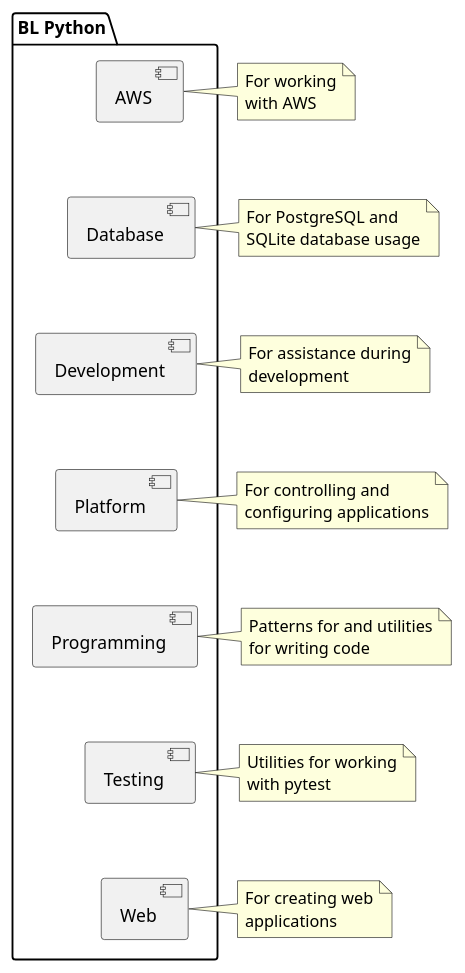
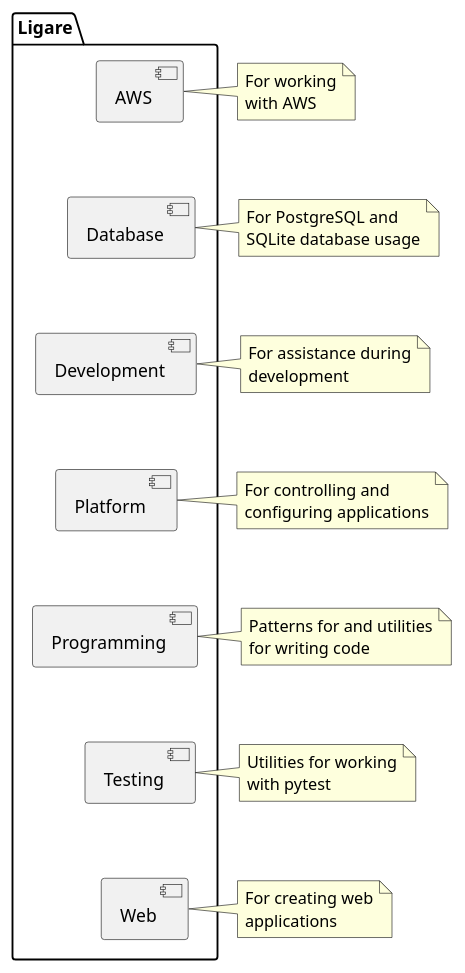
The diagram in docs/repository_structure.puml (uclahs-cds/Ligare), drawn with PlantUML before and after one commit. The commit also changed 219 other files, not shown here.

First line of the commit message:
Rename all BL Python references to Ligare.

```diff
--- a/docs/repository_structure.puml
+++ b/docs/repository_structure.puml
@@ -1,53 +1,53 @@
 @startuml
-package "BL Python" {
+package "Ligare" {
     [AWS] as aws
     [Database] as database
     [Development] as development
     [Platform] as platform
     [Programming] as programming
     [Testing] as testing
     [Web] as web
 }
 aws -down[hidden]-> database
 database -down[hidden]-> development
 development -down[hidden]-> platform
 platform -down[hidden]-> programming
 programming -down[hidden]-> testing
 testing -down[hidden]-> web
 
 note right of aws
     For working
     with AWS
 endnote
 
 note left of database
     For PostgreSQL and
     SQLite database usage
 endnote
 
 note left of development
     For assistance during
     development
 endnote
 
 note left of platform
     For controlling and
     configuring applications
 endnote
 
 note left of programming
     Patterns for and utilities
     for writing code
 endnote
 
 note left of testing
     Utilities for working
     with pytest
 endnote
 
 note left of web
     For creating web
     applications
 endnote
 
 @enduml
```
